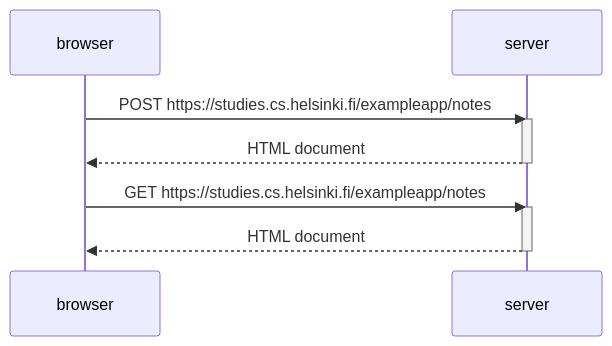
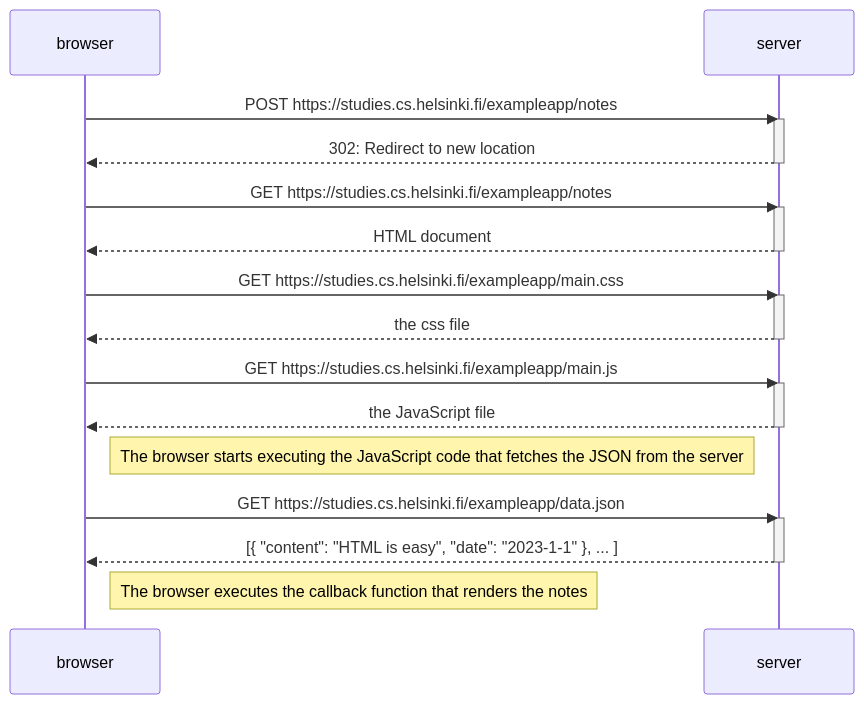
The diagram in part0/New note diagram/diagram.mmd (adnanprojects/fullstackopen), drawn with Mermaid before and after one commit.

Commit message:
modify diagram

```diff
--- a/part0/New note diagram/diagram.mmd
+++ b/part0/New note diagram/diagram.mmd
@@ -1,14 +1,33 @@
 
 sequenceDiagram
     participant browser
     participant server
 
     browser->>server: POST https://studies.cs.helsinki.fi/exampleapp/notes
     activate server
-    server-->>browser: HTML document
+    server-->>browser: 302: Redirect to new location
     deactivate server
 
     browser->>server: GET https://studies.cs.helsinki.fi/exampleapp/notes
     activate server
     server-->>browser: HTML document
     deactivate server
+
+    browser->>server: GET https://studies.cs.helsinki.fi/exampleapp/main.css
+    activate server
+    server-->>browser: the css file
+    deactivate server
+
+    browser->>server: GET https://studies.cs.helsinki.fi/exampleapp/main.js
+    activate server
+    server-->>browser: the JavaScript file
+    deactivate server
+
+    Note right of browser: The browser starts executing the JavaScript code that fetches the JSON from the server
+
+    browser->>server: GET https://studies.cs.helsinki.fi/exampleapp/data.json
+    activate server
+    server-->>browser: [{ "content": "HTML is easy", "date": "2023-1-1" }, ... ]
+    deactivate server
+
+    Note right of browser: The browser executes the callback function that renders the notes
```
